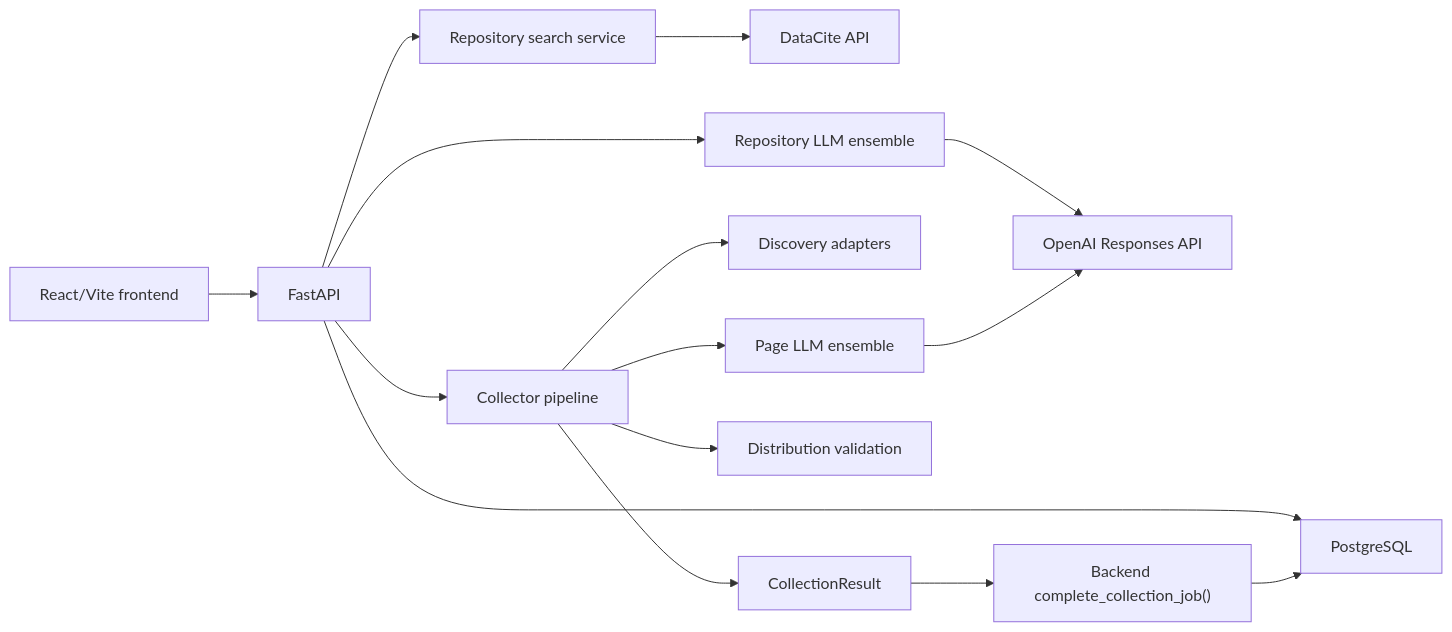
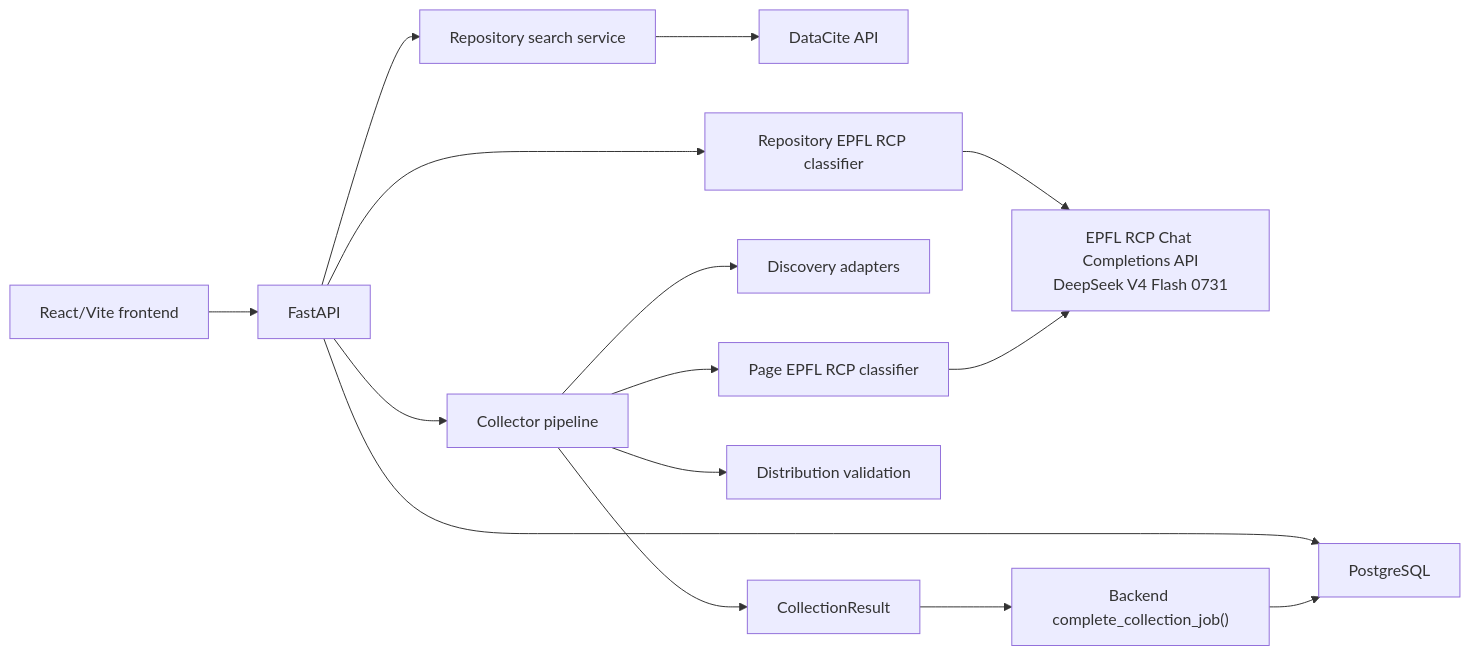
One commit to nicolasberlin/global-health-dataset-catalog changed the first of 3 diagrams in docs/technical-design-document.md. Above: the diagram before and after it, drawn with Mermaid. The commit also changed other lines of this file and 33 other files, not shown here.

Commit message:
Switch default classifier to EPFL RCP

````diff
--- a/docs/technical-design-document.md
+++ b/docs/technical-design-document.md
@@ -33,17 +33,17 @@
 ```mermaid
 flowchart LR
     Browser["React/Vite frontend"] --> API["FastAPI"]
     API --> Search["Repository search service"]
     Search --> DataCite["DataCite API"]
     API --> Collector["Collector pipeline"]
-    API --> RepoLLM["Repository LLM ensemble"]
+    API --> RepoLLM["Repository EPFL RCP classifier"]
     Collector --> Discovery["Discovery adapters"]
-    Collector --> PageLLM["Page LLM ensemble"]
+    Collector --> PageLLM["Page EPFL RCP classifier"]
     Collector --> Validation["Distribution validation"]
-    RepoLLM --> OpenAI["OpenAI Responses API"]
-    PageLLM --> OpenAI
+    RepoLLM --> RCP["EPFL RCP Chat Completions API<br/>DeepSeek V4 Flash 0731"]
+    PageLLM --> RCP
     Collector --> Result["CollectionResult"]
     Result --> Completion["Backend complete_collection_job()"]
     API --> DB["PostgreSQL"]
     Completion --> DB
 ```
````
